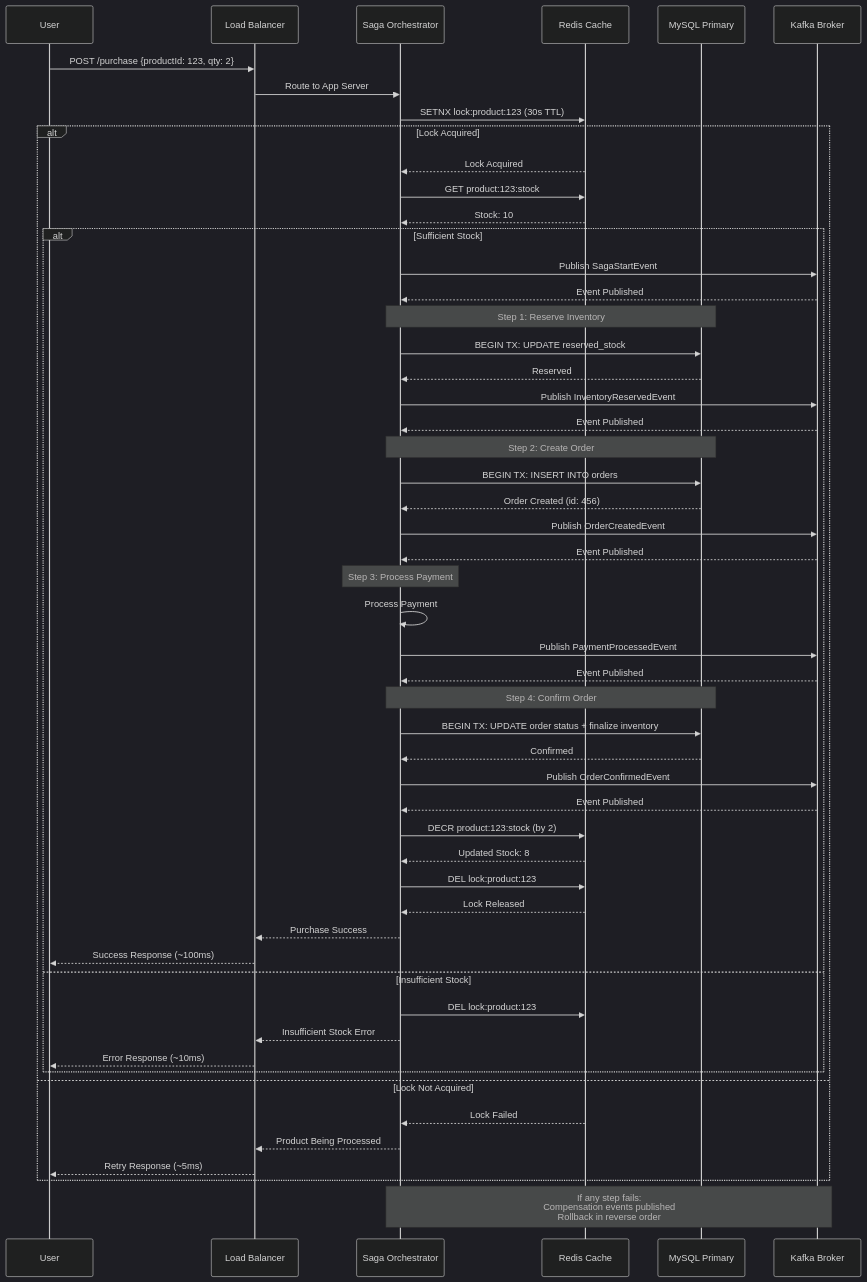
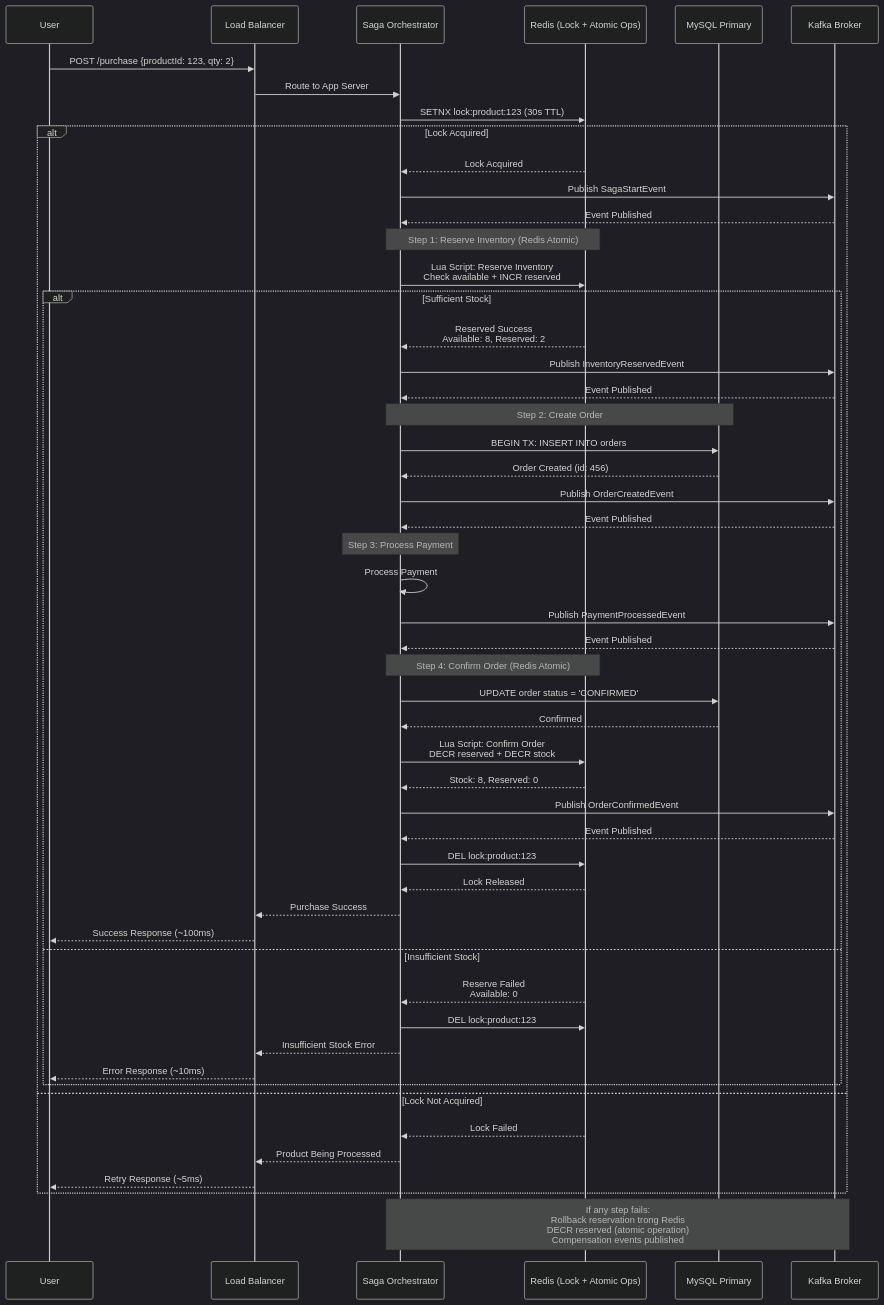
The third of 10 diagrams in architecture-diagram.md (thailt/ecomerce), drawn with Mermaid (dark theme) before and after one commit. The commit also changed other lines of this file and 1 other file, not shown here.

Commit message:
Implement Saga pattern + kafka

````diff
--- a/architecture-diagram.md
+++ b/architecture-diagram.md
@@ -83,67 +83,64 @@
 ```mermaid
 sequenceDiagram
     participant U as User
     participant LB as Load Balancer
     participant APP as Saga Orchestrator
-    participant Redis as Redis Cache
+    participant Redis as Redis (Lock + Atomic Ops)
     participant DB as MySQL Primary
     participant KAFKA as Kafka Broker
     
     U->>LB: POST /purchase {productId: 123, qty: 2}
     LB->>APP: Route to App Server
     
     APP->>Redis: SETNX lock:product:123 (30s TTL)
     alt Lock Acquired
         Redis-->>APP: Lock Acquired
         
-        APP->>Redis: GET product:123:stock
-        Redis-->>APP: Stock: 10
+        APP->>KAFKA: Publish SagaStartEvent
+        KAFKA-->>APP: Event Published
         
+        Note over APP,Redis: Step 1: Reserve Inventory (Redis Atomic)
+        APP->>Redis: Lua Script: Reserve Inventory<br/>Check available + INCR reserved
         alt Sufficient Stock
-            APP->>KAFKA: Publish SagaStartEvent
-            KAFKA-->>APP: Event Published
-            
-            Note over APP,DB: Step 1: Reserve Inventory
-            APP->>DB: BEGIN TX: UPDATE reserved_stock
-            DB-->>APP: Reserved
+            Redis-->>APP: Reserved Success<br/>Available: 8, Reserved: 2
             APP->>KAFKA: Publish InventoryReservedEvent
             KAFKA-->>APP: Event Published
             
             Note over APP,DB: Step 2: Create Order
             APP->>DB: BEGIN TX: INSERT INTO orders
             DB-->>APP: Order Created (id: 456)
             APP->>KAFKA: Publish OrderCreatedEvent
             KAFKA-->>APP: Event Published
             
             Note over APP: Step 3: Process Payment
             APP->>APP: Process Payment
             APP->>KAFKA: Publish PaymentProcessedEvent
             KAFKA-->>APP: Event Published
             
-            Note over APP,DB: Step 4: Confirm Order
-            APP->>DB: BEGIN TX: UPDATE order status + finalize inventory
+            Note over APP,Redis: Step 4: Confirm Order (Redis Atomic)
+            APP->>DB: UPDATE order status = 'CONFIRMED'
             DB-->>APP: Confirmed
+            APP->>Redis: Lua Script: Confirm Order<br/>DECR reserved + DECR stock
+            Redis-->>APP: Stock: 8, Reserved: 0
             APP->>KAFKA: Publish OrderConfirmedEvent
             KAFKA-->>APP: Event Published
-            
-            APP->>Redis: DECR product:123:stock (by 2)
-            Redis-->>APP: Updated Stock: 8
             
             APP->>Redis: DEL lock:product:123
             Redis-->>APP: Lock Released
             
             APP-->>LB: Purchase Success
             LB-->>U: Success Response (~100ms)
         else Insufficient Stock
+            Redis-->>APP: Reserve Failed<br/>Available: 0
             APP->>Redis: DEL lock:product:123
             APP-->>LB: Insufficient Stock Error
             LB-->>U: Error Response (~10ms)
         end
     else Lock Not Acquired
         Redis-->>APP: Lock Failed
         APP-->>LB: Product Being Processed
         LB-->>U: Retry Response (~5ms)
     end
     
-    Note over APP,KAFKA: If any step fails:<br/>Compensation events published<br/>Rollback in reverse order
+    Note over APP,KAFKA: If any step fails:<br/>Rollback reservation trong Redis<br/>DECR reserved (atomic operation)<br/>Compensation events published
 ```
````
